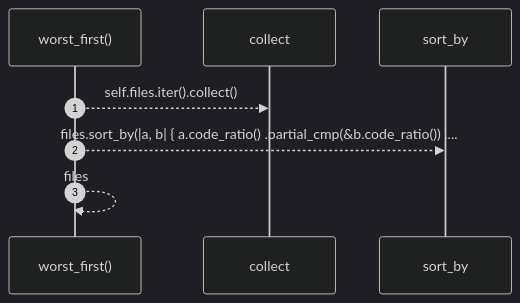
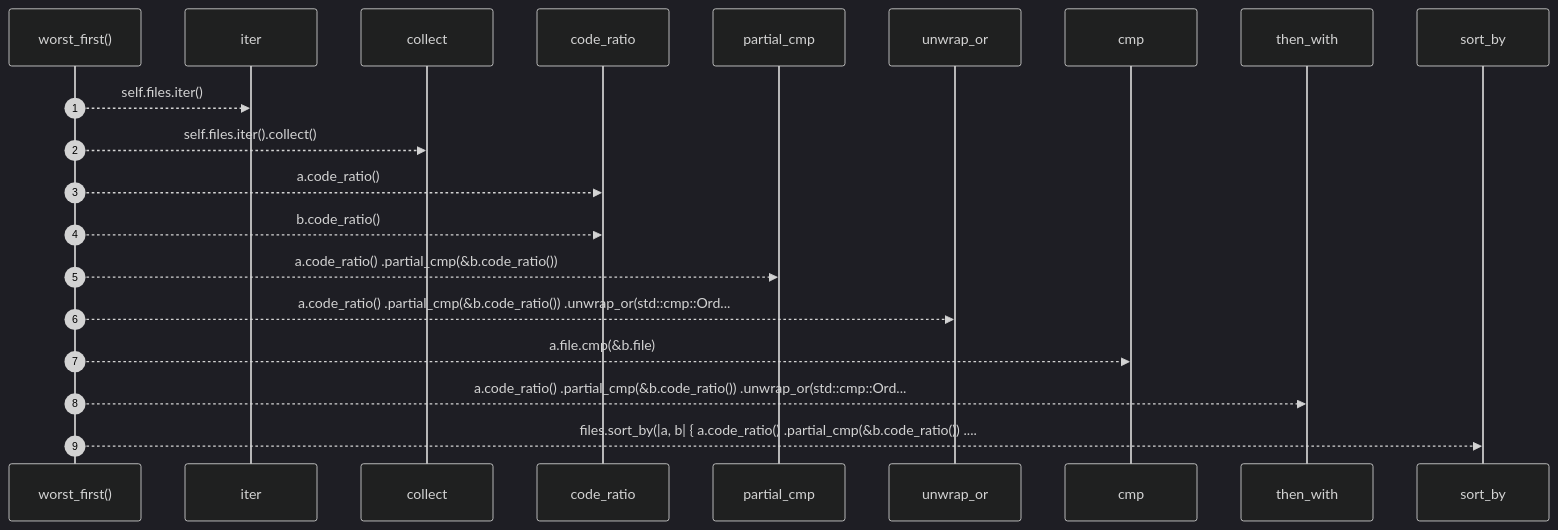
The third of 3 diagrams in docs/self-model/robby_ir/coverage/impl-coveragereport.md (RyanGuild/self-describing-code), drawn with Mermaid (dark theme) before and after one commit. The commit also changed other lines of this file and 1404 other files, not shown here.

````diff
--- a/docs/self-model/robby_ir/coverage/impl-coveragereport.md
+++ b/docs/self-model/robby_ir/coverage/impl-coveragereport.md
@@ -120,10 +151,22 @@
 ```mermaid
 sequenceDiagram
     autonumber
     participant worst_first as worst_first()
+    participant iter as iter
     participant collect as collect
+    participant code_ratio as code_ratio
+    participant partial_cmp as partial_cmp
+    participant unwrap_or as unwrap_or
+    participant cmp as cmp
+    participant then_with as then_with
     participant sort_by as sort_by
+    worst_first-->>iter: self.files.iter()
     worst_first-->>collect: self.files.iter().collect()
+    worst_first-->>code_ratio: a.code_ratio()
+    worst_first-->>code_ratio: b.code_ratio()
+    worst_first-->>partial_cmp: a.code_ratio() .partial_cmp(&b.code_ratio())
+    worst_first-->>unwrap_or: a.code_ratio() .partial_cmp(&b.code_ratio()) .unwrap_or(std::cmp::Ord...
+    worst_first-->>cmp: a.file.cmp(&b.file)
+    worst_first-->>then_with: a.code_ratio() .partial_cmp(&b.code_ratio()) .unwrap_or(std::cmp::Ord...
     worst_first-->>sort_by: files.sort_by(|a, b| { a.code_ratio() .partial_cmp(&b.code_ratio()) ....
-    worst_first-->>worst_first: files
 ```
````
